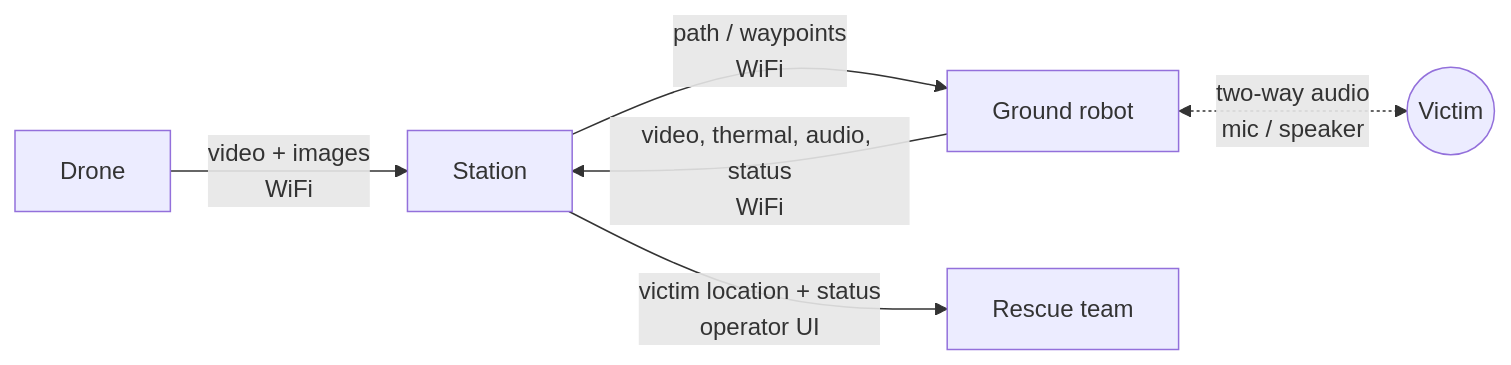
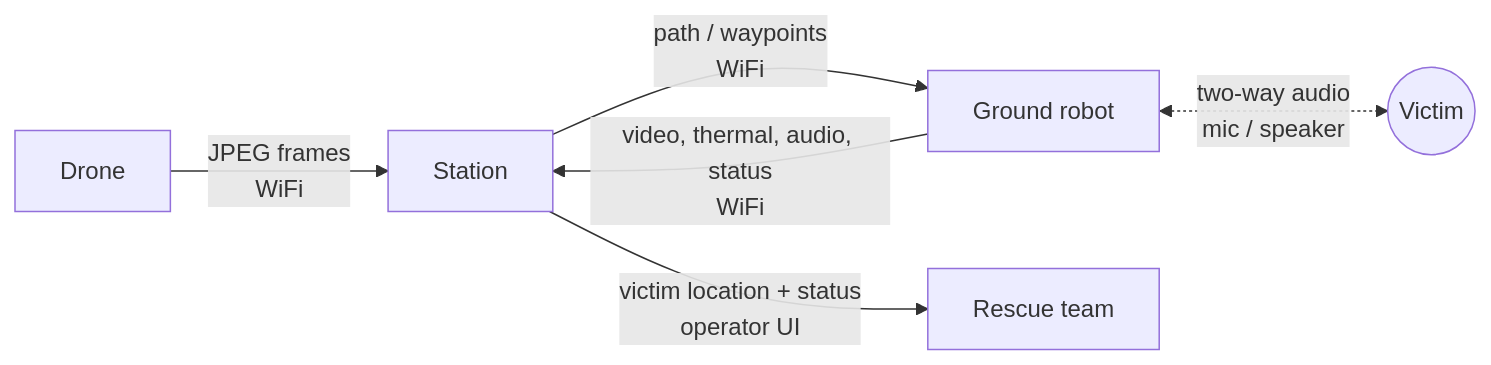
One commit to sagyzdop/capstone changed the diagram in docs/interfaces.md. Above: the diagram before and after it, drawn with Mermaid. The commit also changed other lines of this file and 5 other files, not shown here.

````diff
--- a/docs/interfaces.md
+++ b/docs/interfaces.md
@@ -7,8 +7,8 @@
 ```mermaid
 flowchart LR
-    D["Drone"] -- "video + images<br/>WiFi" --> S["Station"]
+    D["Drone"] -- "JPEG frames<br/>WiFi" --> S["Station"]
     S -- "path / waypoints<br/>WiFi" --> R["Ground robot"]
     R -- "video, thermal, audio, status<br/>WiFi" --> S
     R <-. "two-way audio<br/>mic / speaker" .-> V(("Victim"))
     S -- "victim location + status<br/>operator UI" --> T["Rescue team"]
 ```
````
